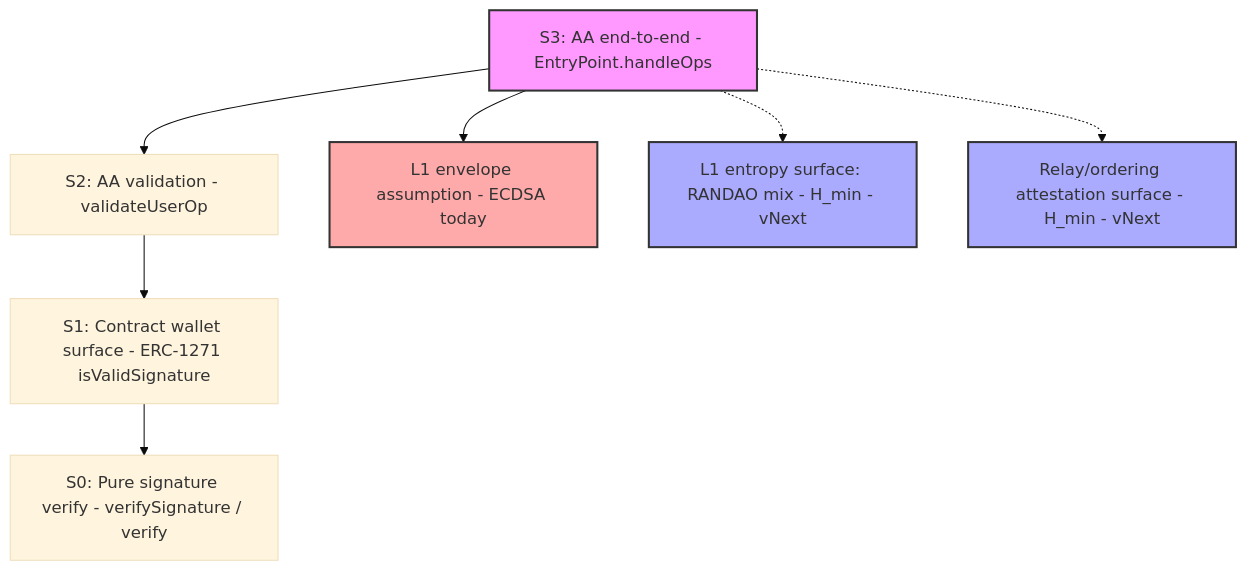
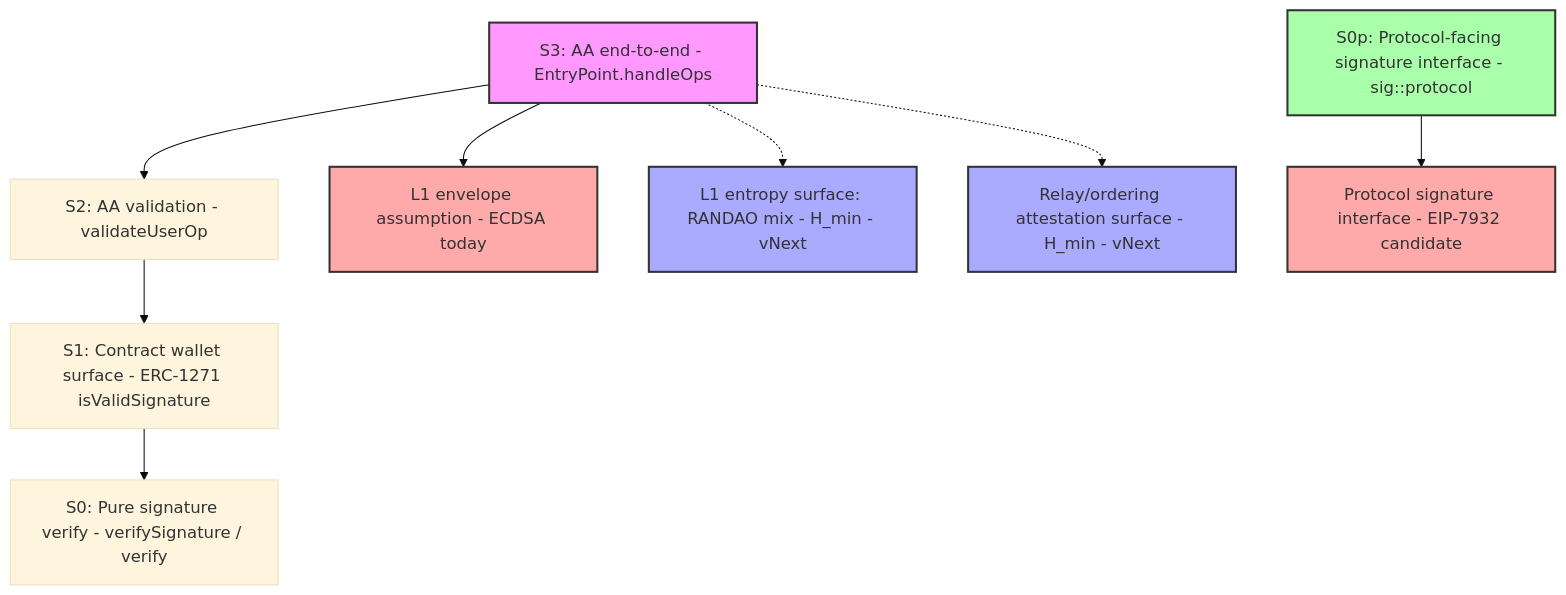
One commit to pipavlo82/gas-per-secure-bit changed the second of 2 diagrams in spec/case_graph.md. Above: the diagram before and after it, drawn with Mermaid (base theme). The commit also changed other lines of this file, not shown here.

First line of the commit message:
Enhance case graph with protocol-facing signature details

````diff
--- a/spec/case_graph.md
+++ b/spec/case_graph.md
@@ -155,26 +180,33 @@
 ```mermaid
 flowchart TD
   S3[S3: AA end-to-end - EntryPoint.handleOps]
   S2[S2: AA validation - validateUserOp]
   S1[S1: Contract wallet surface - ERC-1271 isValidSignature]
   S0[S0: Pure signature verify - verifySignature / verify]
+  S0p[S0p: Protocol-facing signature interface - sig::protocol]
 
   ENV[L1 envelope assumption - ECDSA today]
+  SIGPROTO[Protocol signature interface - EIP-7932 candidate]
   RANDAO[L1 entropy surface: RANDAO mix - H_min - vNext]
   RELAY[Relay/ordering attestation surface - H_min - vNext]
 
   S3 --> S2
   S2 --> S1
   S1 --> S0
 
   S3 --> ENV
   
+  %% Protocol-facing path
+  S0p --> SIGPROTO
+  
   %% vNext dependencies (optional until threat model finalized)
   S3 -.-> RANDAO
   S3 -.-> RELAY
 
   style S3 fill:#f9f,stroke:#333,stroke-width:2px
   style ENV fill:#faa,stroke:#333,stroke-width:2px
+  style S0p fill:#afa,stroke:#333,stroke-width:2px
+  style SIGPROTO fill:#faa,stroke:#333,stroke-width:2px
   style RANDAO fill:#aaf,stroke:#333,stroke-width:2px
   style RELAY fill:#aaf,stroke:#333,stroke-width:2px
 ```
````
